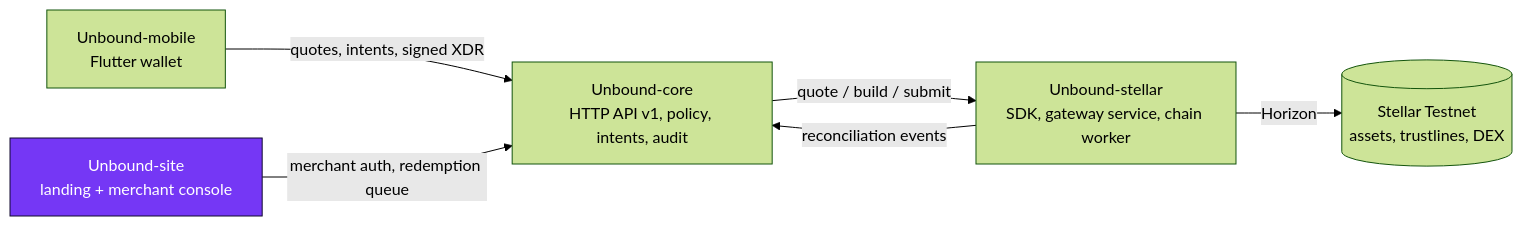
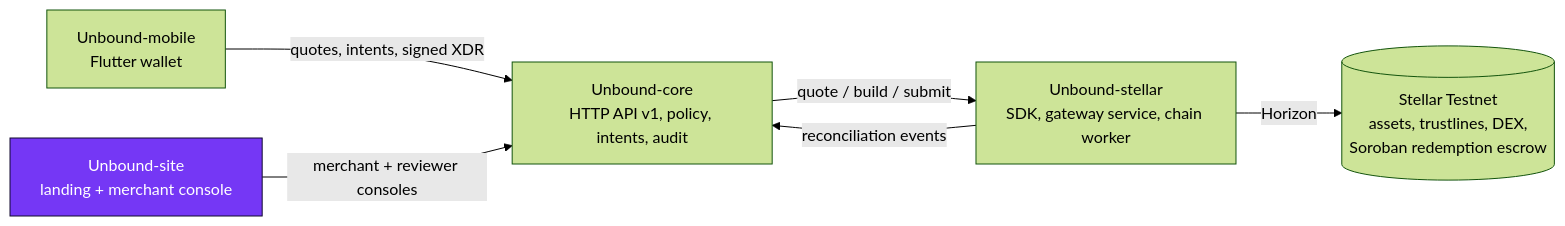
Before and after one commit to Unbound224/Unbound-site: the diagram in README.md, drawn with Mermaid (forest theme). The commit also changed other lines of this file and 20 other files, not shown here.

````diff
--- a/README.md
+++ b/README.md
@@ -61,14 +73,14 @@
 ```mermaid
 flowchart LR
   M["Unbound-mobile<br/>Flutter wallet"]
   S["Unbound-site<br/>landing + merchant console"]
   C["Unbound-core<br/>HTTP API v1, policy, intents, audit"]
   G["Unbound-stellar<br/>SDK, gateway service, chain worker"]
-  N[("Stellar Testnet<br/>assets, trustlines, DEX")]
+  N[("Stellar Testnet<br/>assets, trustlines, DEX,<br/>Soroban redemption escrow")]
   M -- "quotes, intents, signed XDR" --> C
-  S -- "merchant auth, redemption queue" --> C
+  S -- "merchant + reviewer consoles" --> C
   C -- "quote / build / submit" --> G
   G -- "Horizon" --> N
   G -- "reconciliation events" --> C
   style S fill:#7537F5,stroke:#10092E,color:#ffffff
 ```
````
